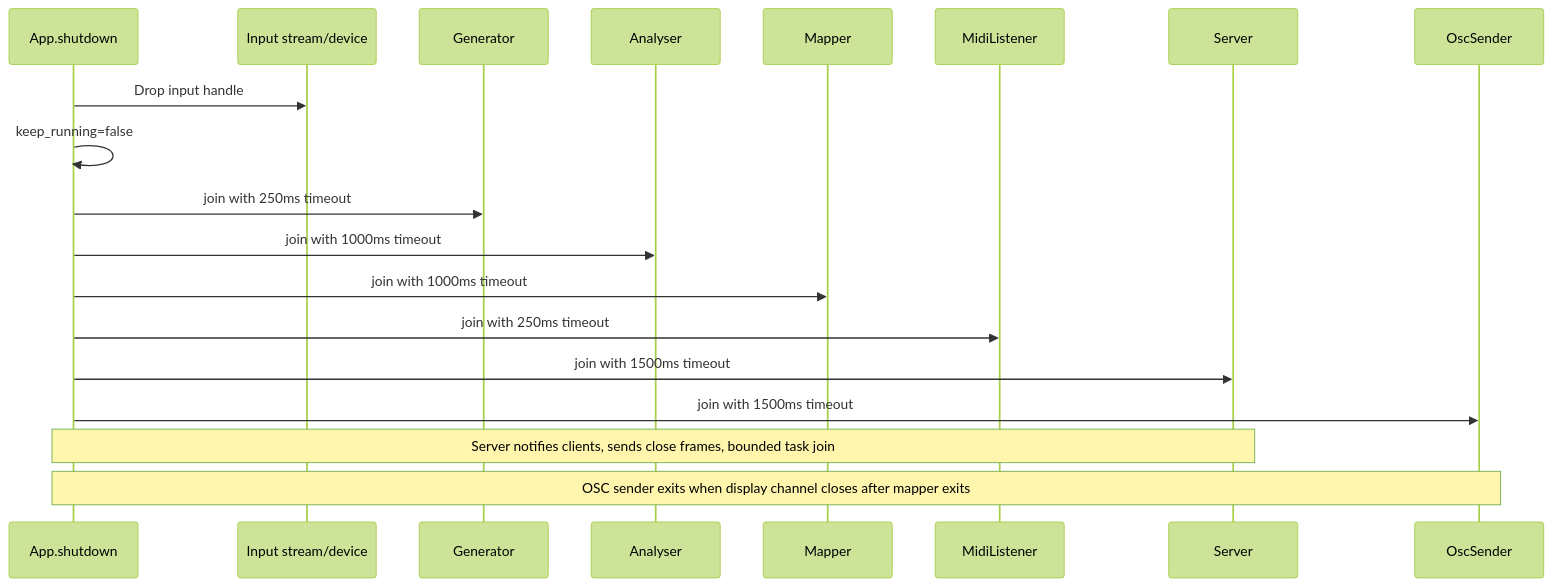
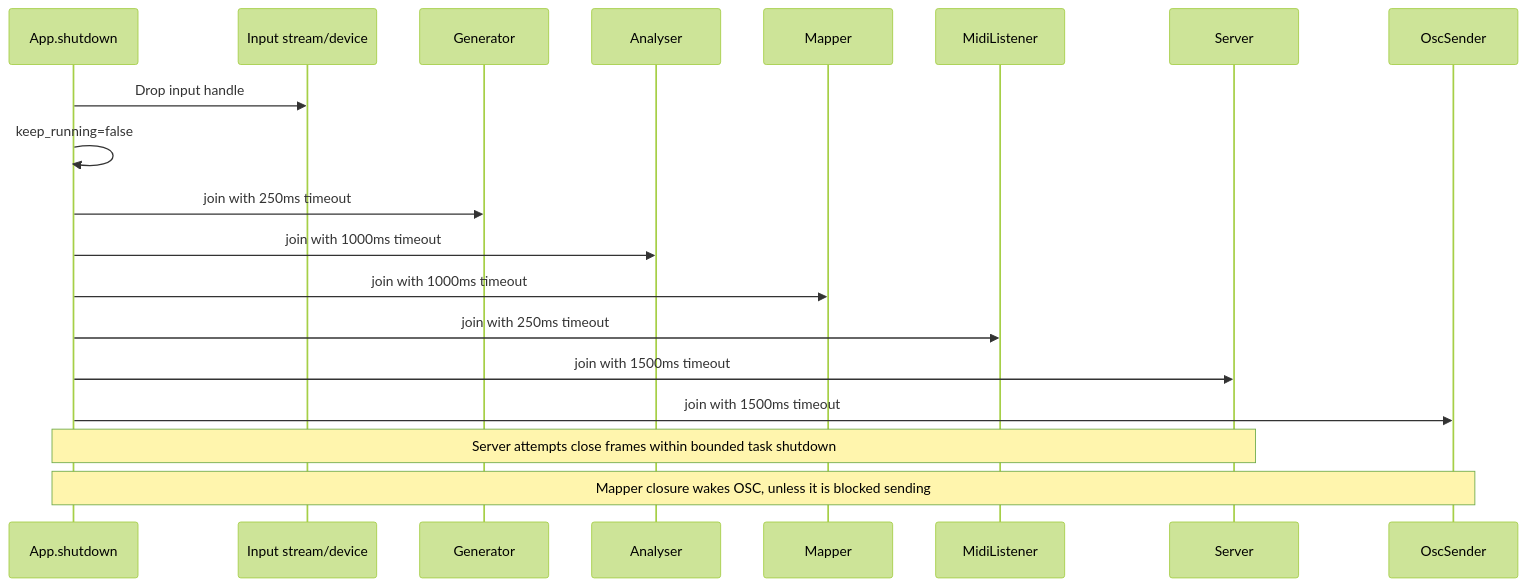
One commit to rayboyd/phase4 changed the fourth of 4 diagrams in docs/lifecycle.md. Above: the diagram before and after it, drawn with Mermaid (forest theme). The commit also changed other lines of this file and 26 other files, not shown here.

````diff
--- a/docs/lifecycle.md
+++ b/docs/lifecycle.md
@@ -144,24 +166,24 @@
 ```mermaid
 sequenceDiagram
 		participant Main as App.shutdown
 		participant In as Input stream/device
 		participant Gen as Generator
 		participant An as Analyser
 		participant Map as Mapper
 		participant Midi as MidiListener
 		participant Srv as Server
 		participant Osc as OscSender
 
 		Main->>In: Drop input handle
 		Main->>Main: keep_running=false
 
 		Main->>Gen: join with 250ms timeout
 		Main->>An: join with 1000ms timeout
 		Main->>Map: join with 1000ms timeout
 		Main->>Midi: join with 250ms timeout
 		Main->>Srv: join with 1500ms timeout
 		Main->>Osc: join with 1500ms timeout
 
-		note over Main,Srv: Server notifies clients, sends close frames, bounded task join
-		note over Main,Osc: OSC sender exits when display channel closes after mapper exits
+		note over Main,Srv: Server attempts close frames within bounded task shutdown
+		note over Main,Osc: Mapper closure wakes OSC, unless it is blocked sending
 ```
````
